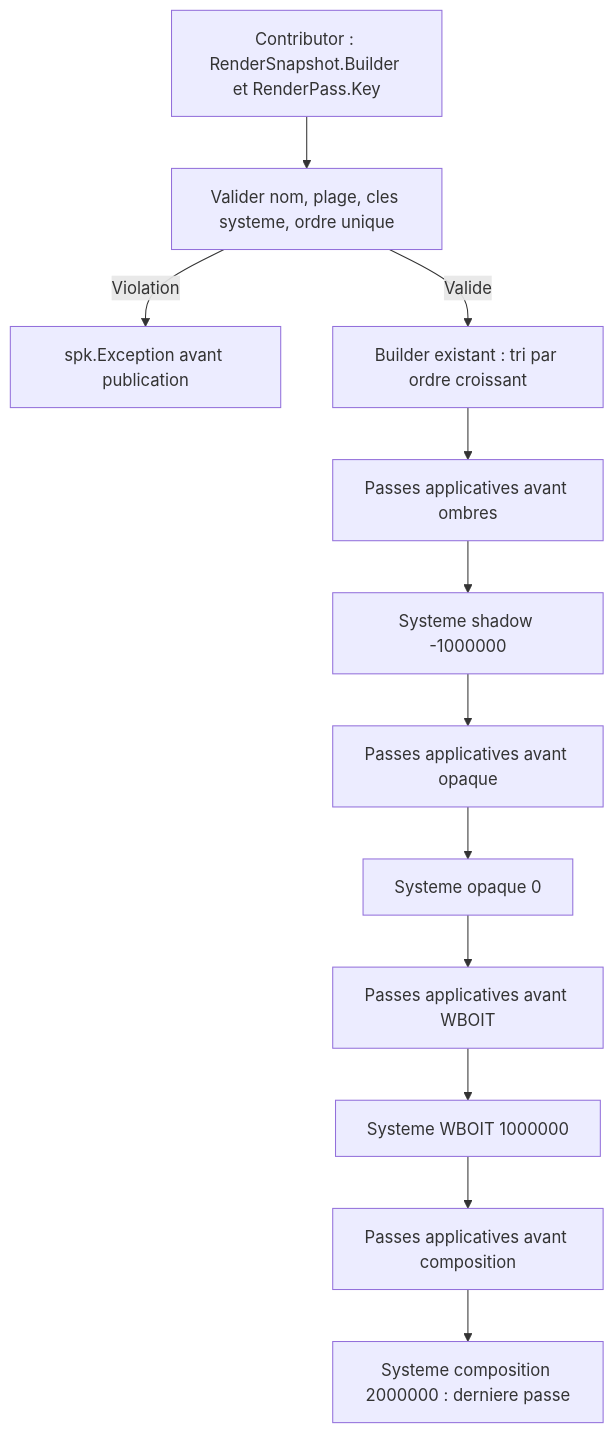
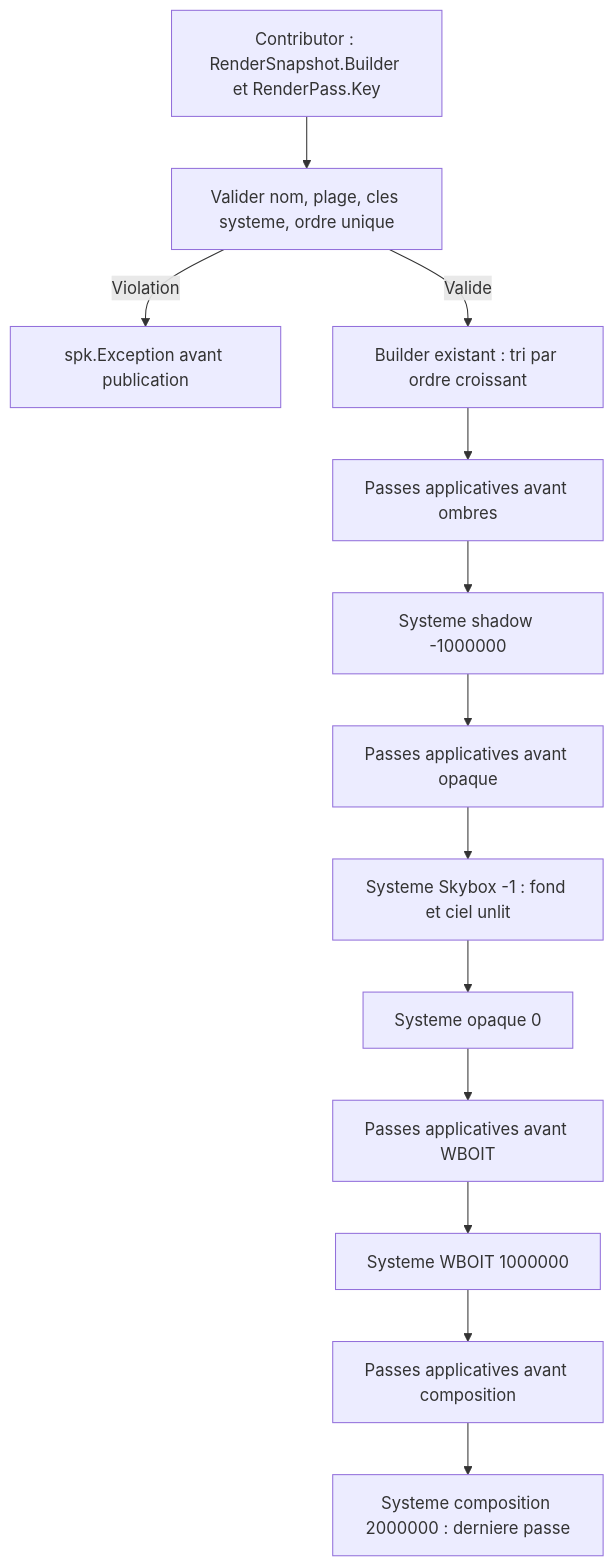
One commit to EreliaStudio/Sparkle changed the tenth of 10 diagrams in docs/voxel-engine-v0.1.4/07-vues-et-passes.md. Above: the diagram before and after it, drawn with Mermaid. The commit also changed other lines of this file and 3 other files, not shown here.

````diff
--- a/docs/voxel-engine-v0.1.4/07-vues-et-passes.md
+++ b/docs/voxel-engine-v0.1.4/07-vues-et-passes.md
@@ -660,14 +660,15 @@
 ```mermaid
 flowchart TD
   C["Contributor : RenderSnapshot.Builder et RenderPass.Key"] --> V["Valider nom, plage, cles systeme, ordre unique"]
   V -->|"Violation"| E["spk.Exception avant publication"]
   V -->|"Valide"| B["Builder existant : tri par ordre croissant"]
   B --> Pre["Passes applicatives avant ombres"]
   Pre --> S["Systeme shadow -1000000"]
   S --> AS["Passes applicatives avant opaque"]
-  AS --> O["Systeme opaque 0"]
+  AS --> Sky["Systeme Skybox -1 : fond et ciel unlit"]
+  Sky --> O["Systeme opaque 0"]
   O --> AO["Passes applicatives avant WBOIT"]
   AO --> W["Systeme WBOIT 1000000"]
   W --> AW["Passes applicatives avant composition"]
   AW --> F["Systeme composition 2000000 : derniere passe"]
 ```
````
